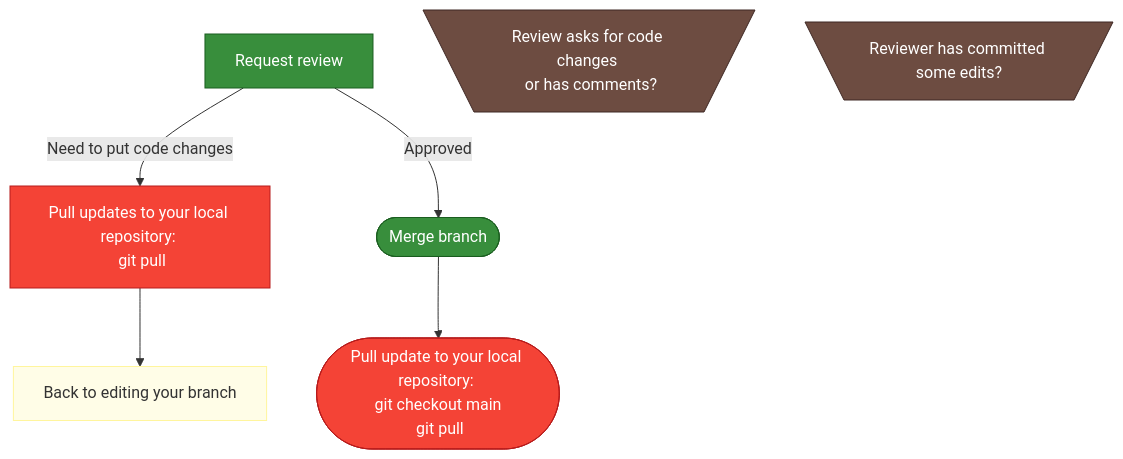
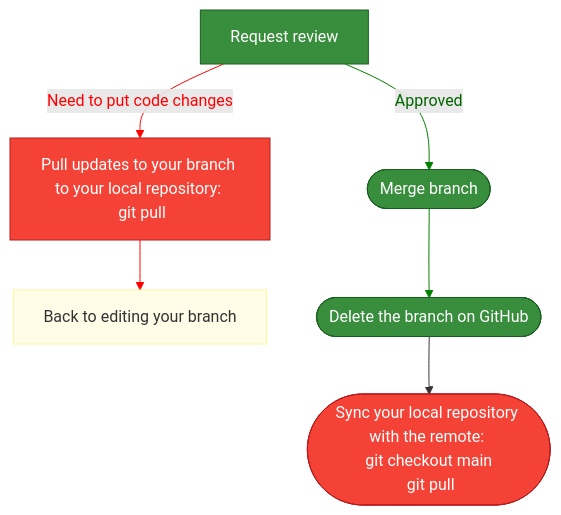
The fifth of 5 diagrams in documentation/docs/developer_guide/contribution_flowchart.md (CABLE-LSM/CABLE), drawn with Mermaid before and after one commit. The commit also changed other lines of this file, not shown here.

Commit message:
Clean up flowcharts

````diff
--- a/documentation/docs/developer_guide/contribution_flowchart.md
+++ b/documentation/docs/developer_guide/contribution_flowchart.md
@@ -151,25 +165,32 @@
 ```mermaid
    flowchart TB
 
       %% Define all the nodes first
       review[Request review]:::github;
-      reviewchange[\Review asks for code changes <br> or has comments?/]:::question;
-      revieweredits[\Reviewer has committed some edits? /]:::question;
-      update[Pull updates to your local repository: <br> git pull]:::term;
+      update[Pull updates to your branch to your local repository: <br> git pull]:::term;
       merge([Merge branch]):::github;
-      updatemain([Pull update to your local repository: <br> git checkout main <br> git pull]):::term;
+      updatemain([Sync your local repository with the remote: <br> git checkout main <br> git pull]):::term;
       edits[Back to editing your branch];
+      delete([Delete the branch on GitHub]):::github;
 
       %% Define the graphs using the nodes' names
       review --> |Need to put code changes|update --> edits;
       review -->|Approved|merge;
-      merge --> updatemain;
+      merge --> delete --> updatemain;
 
       classDef default fill:#FFFDE7, stroke:#FFF59D;
       classDef uniq fill:#D81B60, stroke:#880E4F, color:#FFFFFF;
       classDef github fill:#388E3C,stroke:#1B5E20, color:#FFFFFF;
       classDef term fill:#F44336, stroke:#B71C1C, color:#FFFFFF;
       classDef question fill:#6D4C41, stroke:#3E2723, color:#FFFFFF; 
 
+      linkStyle 0 stroke:red,color:red;
+      linkStyle 2 stroke:green,color:darkgreen;
+      linkStyle 1 stroke:red,color:red;
+      linkStyle 3 stroke:green;
+      linkStyle 3 stroke:green;
+
+      click edits "https://cable-lsm.github.io/CABLE/developer_guide/contribution_flowchart/#do-and-record-your-work" "Doing work flowchart"
+
 ;
 ```
````
